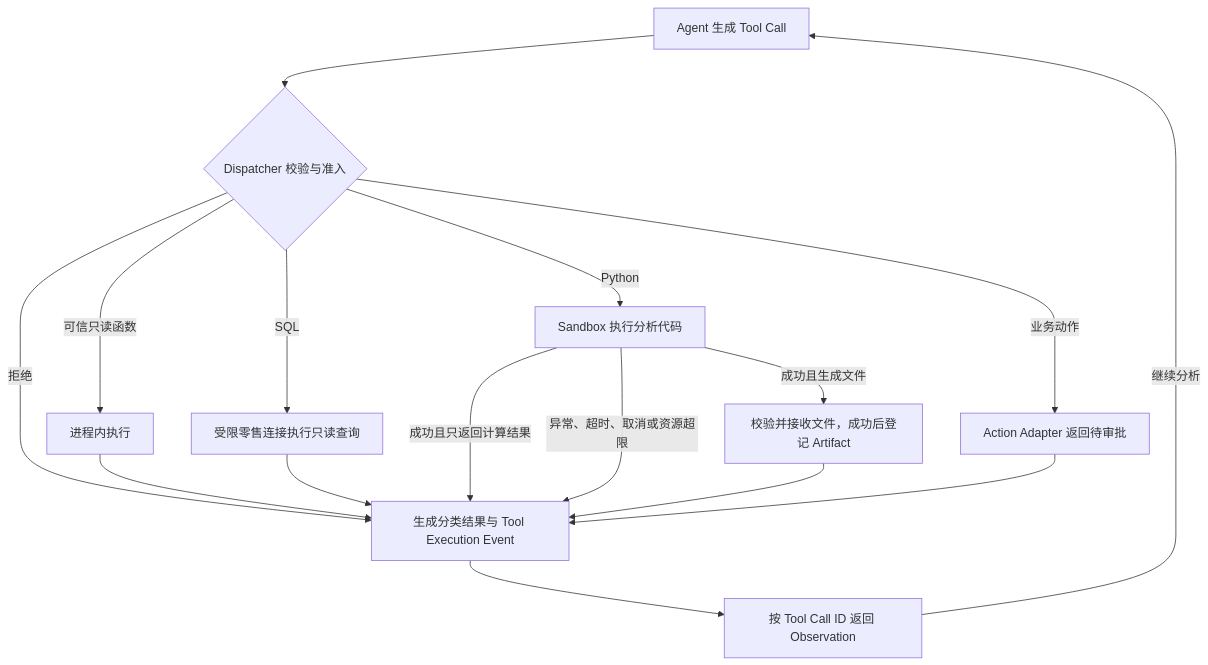
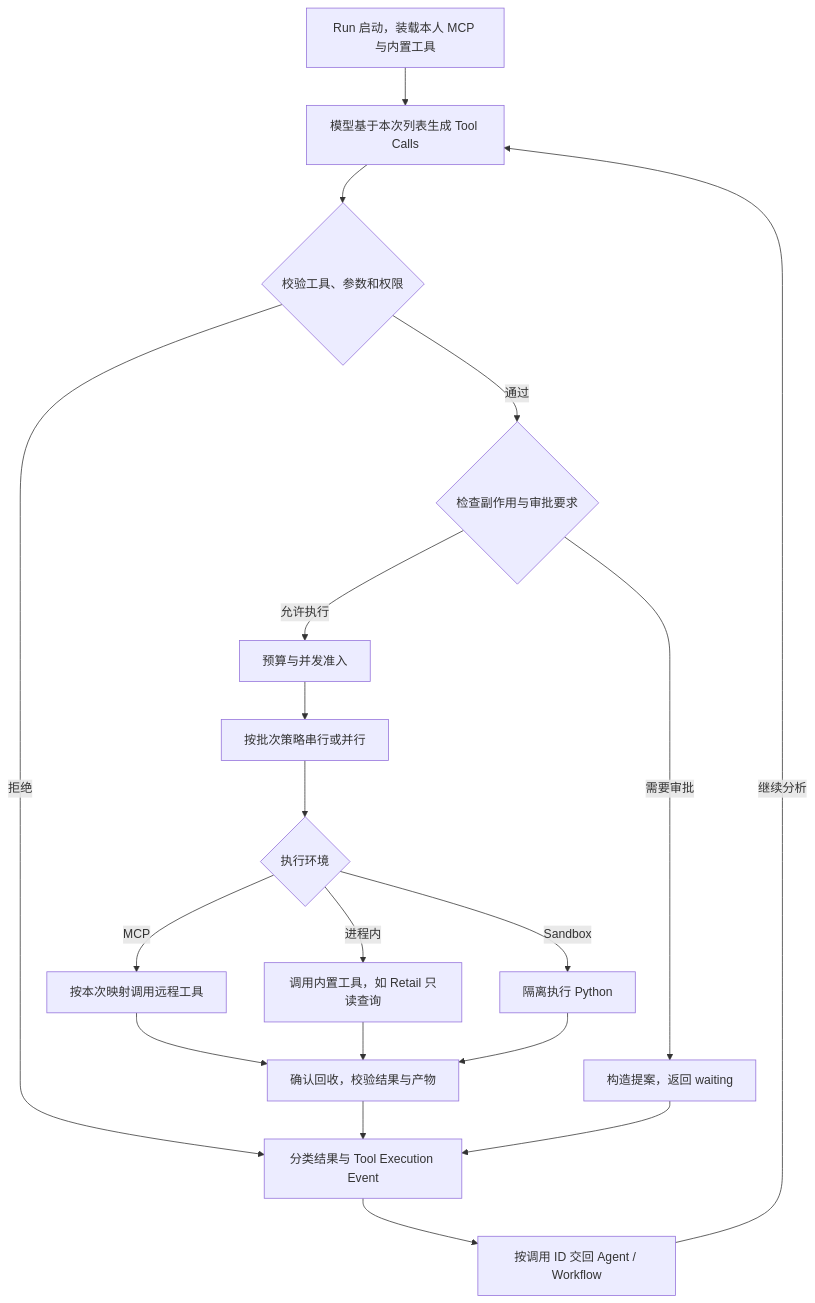
Before and after one commit to RuiLu007/compass: the diagram in mai-specs/986-lesson-18-tool-execution-sandbox/spec/PRD.md, drawn with Mermaid. The commit also changed other lines of this file and 607 other files, not shown here.

````diff
--- a/mai-specs/986-lesson-18-tool-execution-sandbox/spec/PRD.md
+++ b/mai-specs/986-lesson-18-tool-execution-sandbox/spec/PRD.md
@@ -30,18 +31,21 @@
 ```mermaid
 flowchart TD
-    A["Agent 生成 Tool Call"] --> B{"Dispatcher 校验与准入"}
-    B -->|拒绝| G["生成分类结果与 Tool Execution Event"]
-    B -->|可信只读函数| C["进程内执行"]
-    B -->|SQL| D["受限零售连接执行只读查询"]
-    B -->|Python| E["Sandbox 执行分析代码"]
-    B -->|业务动作| F["Action Adapter 返回待审批"]
-    C --> G
-    D --> G
-    E -->|成功且生成文件| H["校验并接收文件，成功后登记 Artifact"]
-    E -->|成功且只返回计算结果| G
-    E -->|异常、超时、取消或资源超限| G
-    H --> G
+    L["Run 启动，装载本人 MCP 与内置工具"] --> A["模型基于本次列表生成 Tool Calls"]
+    A --> B{"校验工具、参数和权限"}
+    B -->|拒绝| G["分类结果与 Tool Execution Event"]
+    B -->|通过| P{"检查副作用与审批要求"}
+    P -->|需要审批| F["构造提案，返回 waiting"]
+    P -->|允许执行| Q["预算与并发准入"]
+    Q --> S["按批次策略串行或并行"]
+    S --> E{"执行环境"}
+    E -->|进程内| C["调用内置工具，如 Retail 只读查询"]
+    E -->|Sandbox| D["隔离执行 Python"]
+    E -->|MCP| M["按本次映射调用远程工具"]
+    M --> R
+    C --> R["确认回收，校验结果与产物"]
+    D --> R
+    R --> G
     F --> G
-    G --> I["按 Tool Call ID 返回 Observation"]
+    G --> I["按调用 ID 交回 Agent / Workflow"]
     I -->|继续分析| A
 ```
````
